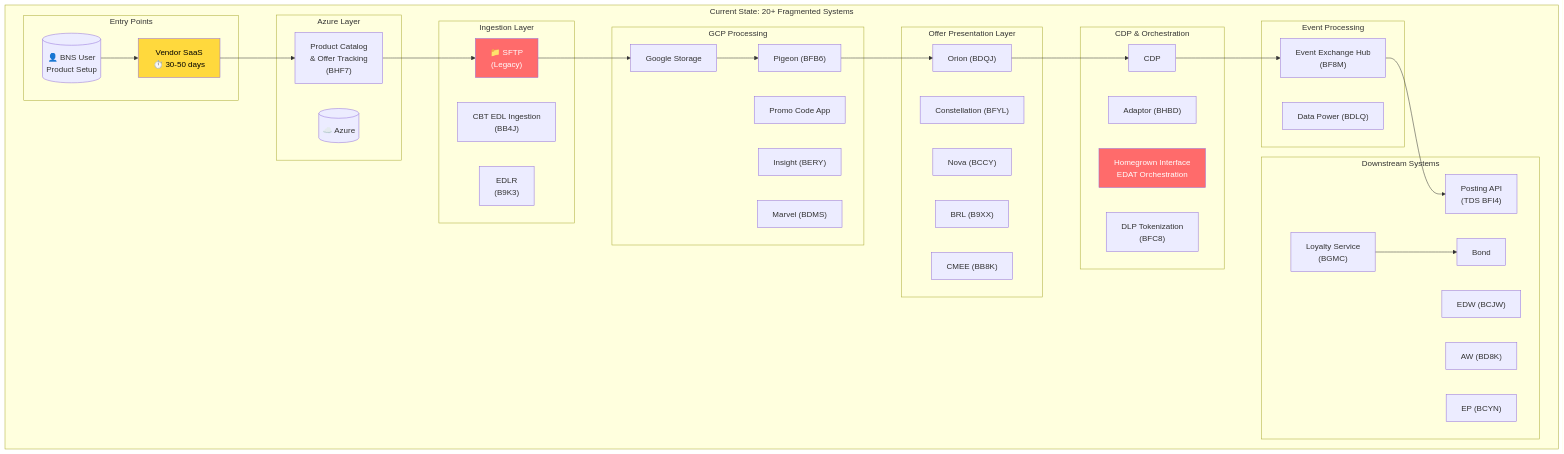
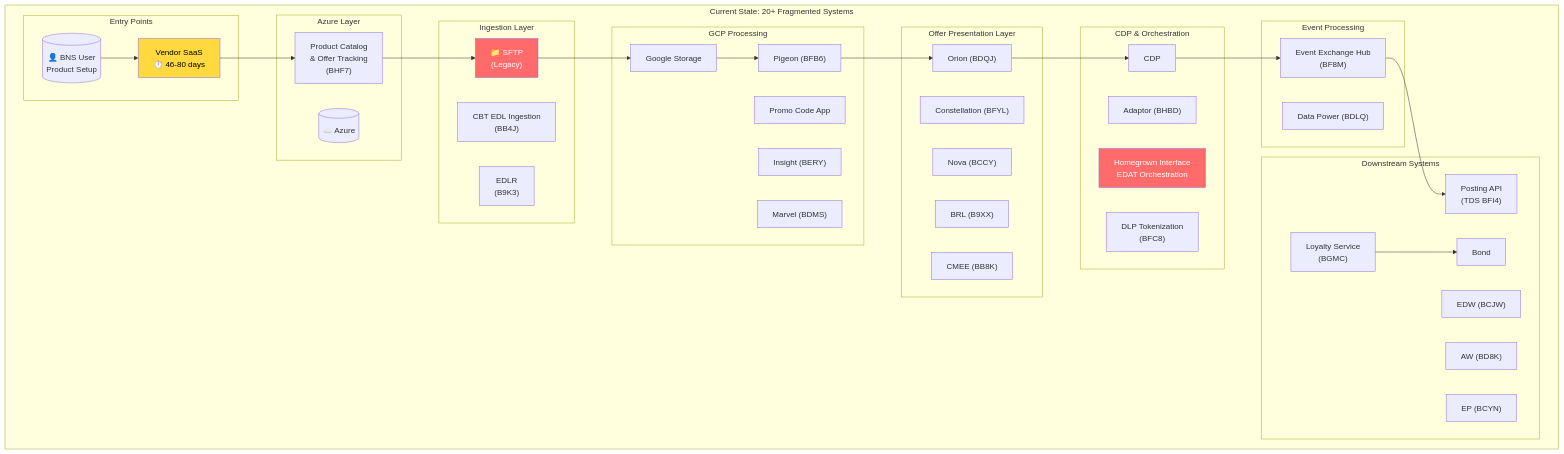
Before and after one commit to arupsarkar-sfdc/Misc: the third of 17 diagrams in Scotia/README_Scotia_Pega_Replacement_Architecture.md, drawn with Mermaid. The commit also changed other lines of this file, not shown here.

Commit message:
Updated Scotia bank architecture

````diff
--- a/Scotia/README_Scotia_Pega_Replacement_Architecture.md
+++ b/Scotia/README_Scotia_Pega_Replacement_Architecture.md
@@ -51,72 +357,72 @@
 ```mermaid
 graph TB
     subgraph "Current State: 20+ Fragmented Systems"
         subgraph "Entry Points"
             BNS[("👤 BNS User<br/>Product Setup")]
-            VENDOR["Vendor SaaS<br/>⏱️ 30-50 days"]
+            VENDOR["Vendor SaaS<br/>⏱️ 46-80 days"]
         end
         
         subgraph "Azure Layer"
             AZURE[("☁️ Azure")]
             BHF7["Product Catalog<br/>& Offer Tracking<br/>(BHF7)"]
         end
         
         subgraph "Ingestion Layer"
             SFTP["📁 SFTP<br/>(Legacy)"]
             BB4J["CBT EDL Ingestion<br/>(BB4J)"]
             B9K3["EDLR<br/>(B9K3)"]
         end
         
         subgraph "GCP Processing"
             GCS["Google Storage"]
             PROMO["Promo Code App"]
             BFB6["Pigeon (BFB6)"]
             BERY["Insight (BERY)"]
             BDMS["Marvel (BDMS)"]
         end
         
         subgraph "Offer Presentation Layer"
             BDQJ["Orion (BDQJ)"]
             BFYL["Constellation (BFYL)"]
             BCCY["Nova (BCCY)"]
             B9XX["BRL (B9XX)"]
             BB8K["CMEE (BB8K)"]
         end
         
         subgraph "CDP & Orchestration"
             CDP["CDP"]
             BHBD["Adaptor (BHBD)"]
             HOMEGROWN["Homegrown Interface<br/>EDAT Orchestration"]
             BFC8["DLP Tokenization<br/>(BFC8)"]
         end
         
         subgraph "Event Processing"
             BF8M["Event Exchange Hub<br/>(BF8M)"]
             BDLQ["Data Power (BDLQ)"]
         end
         
         subgraph "Downstream Systems"
             POSTING["Posting API<br/>(TDS BFI4)"]
             BCJW["EDW (BCJW)"]
             BD8K["AW (BD8K)"]
             BCYN["EP (BCYN)"]
             BGMC["Loyalty Service<br/>(BGMC)"]
             BOND["Bond"]
         end
     end
     
     BNS --> VENDOR
     VENDOR --> BHF7
     BHF7 --> SFTP
     SFTP --> GCS
     GCS --> BFB6
     BFB6 --> BDQJ
     BDQJ --> CDP
     CDP --> BF8M
     BF8M --> POSTING
     BGMC --> BOND
     
     style SFTP fill:#ff6b6b,color:#fff
     style HOMEGROWN fill:#ff6b6b,color:#fff
     style VENDOR fill:#ffd93d,color:#000
 ```
````
